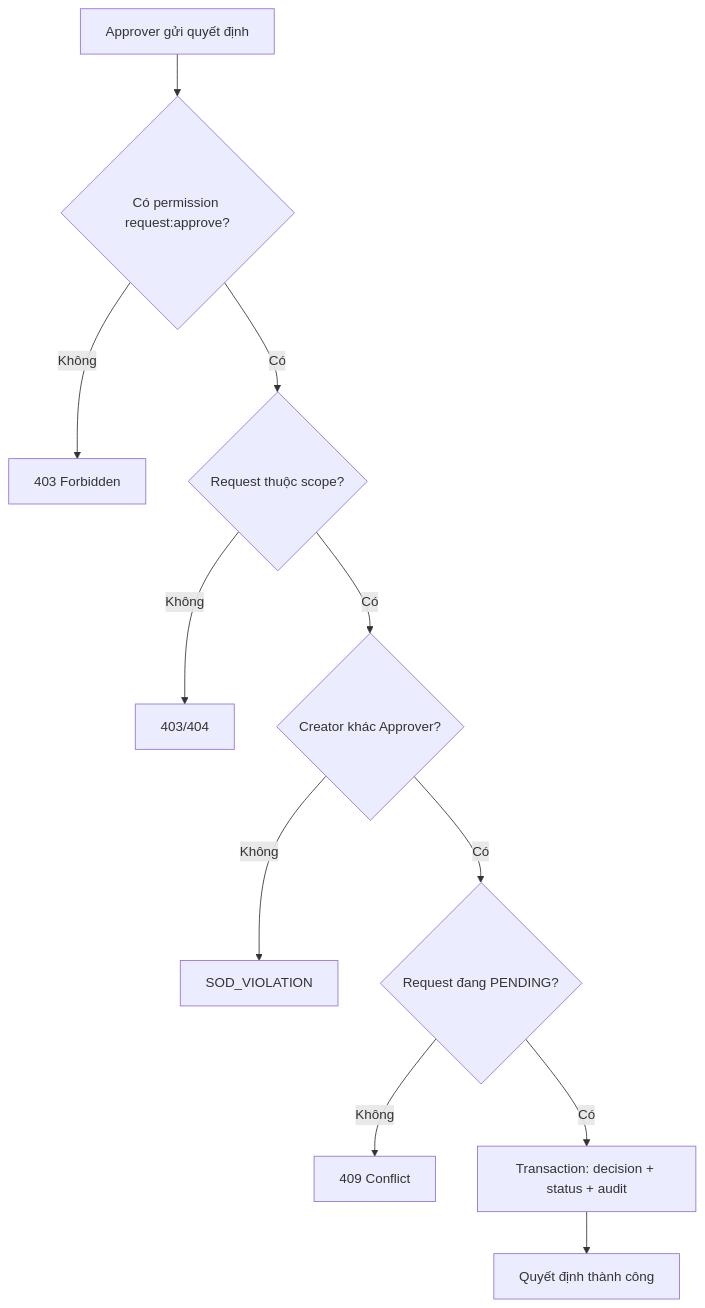
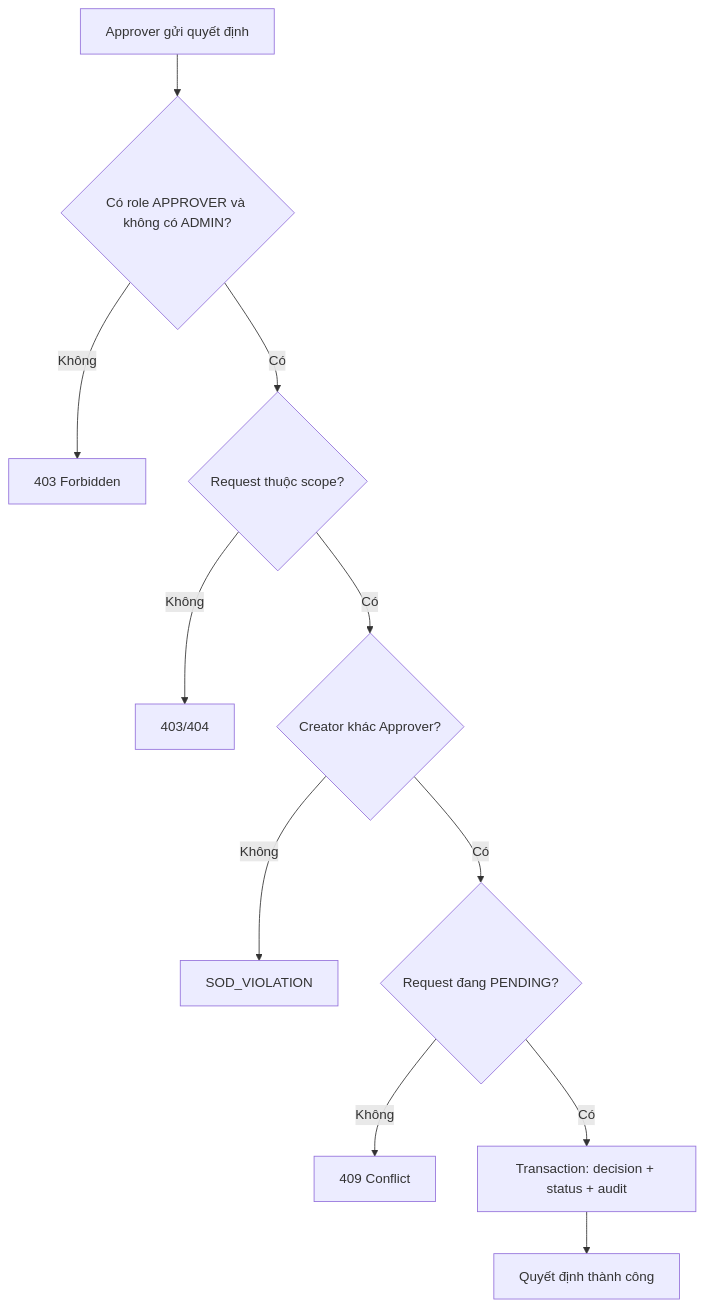
One commit to Eyblcat12/Cryta changed the sixth of 9 diagrams in 01_luong_hoat_dong_he_thong.md. Above: the diagram before and after it, drawn with Mermaid. The commit also changed other lines of this file and 356 other files, not shown here.

````diff
--- a/01_luong_hoat_dong_he_thong.md
+++ b/01_luong_hoat_dong_he_thong.md
@@ -220,13 +225,13 @@
 ```mermaid
 flowchart TD
-    R["Approver gửi quyết định"] --> P{"Có permission request:approve?"}
+    R["Approver gửi quyết định"] --> P{"Có role APPROVER và không có ADMIN?"}
     P -->|"Không"| E1["403 Forbidden"]
     P -->|"Có"| S{"Request thuộc scope?"}
     S -->|"Không"| E2["403/404"]
     S -->|"Có"| C{"Creator khác Approver?"}
     C -->|"Không"| E3["SOD_VIOLATION"]
     C -->|"Có"| ST{"Request đang PENDING?"}
     ST -->|"Không"| E4["409 Conflict"]
     ST -->|"Có"| TX["Transaction: decision + status + audit"]
     TX --> OK["Quyết định thành công"]
 ```
````
